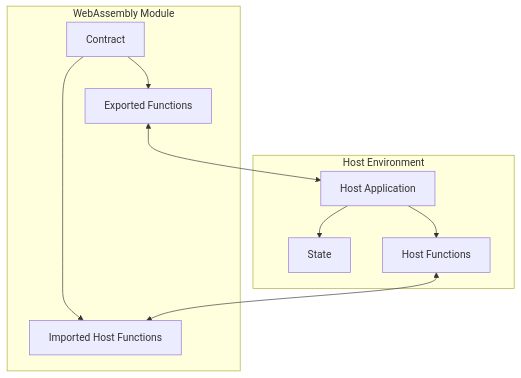
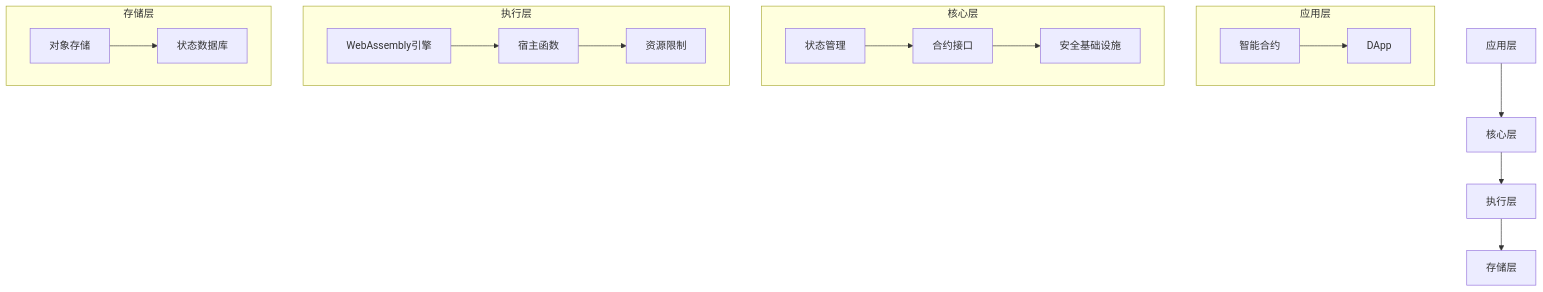
The diagram in README.md (govm-net/vm), drawn with Mermaid before and after one commit. The commit also changed other lines of this file and 51 other files, not shown here.

````diff
--- a/README.md
+++ b/README.md
@@ -19,15 +168,24 @@
 ```mermaid
-graph TB
-    subgraph Host Environment
-        H[Host Application] --> S[State]
-        H --> HF[Host Functions]
+graph TD
+    A[应用层] --> B[核心层]
+    B --> C[执行层]
+    C --> D[存储层]
+    
+    subgraph "应用层"
+    A1[智能合约] --> A2[DApp]
     end
     
-    subgraph WebAssembly Module
-        C[Contract] --> E[Exported Functions]
-        C --> I[Imported Host Functions]
+    subgraph "核心层"
+    B1[状态管理] --> B2[合约接口]
+    B2 --> B3[安全基础设施]
     end
     
-    HF <--> I
-    E <--> H
+    subgraph "执行层"
+    C1[WebAssembly引擎] --> C2[宿主函数]
+    C2 --> C3[资源限制]
+    end
+    
+    subgraph "存储层"
+    D1[对象存储] --> D2[状态数据库]
+    end
 ```
````
